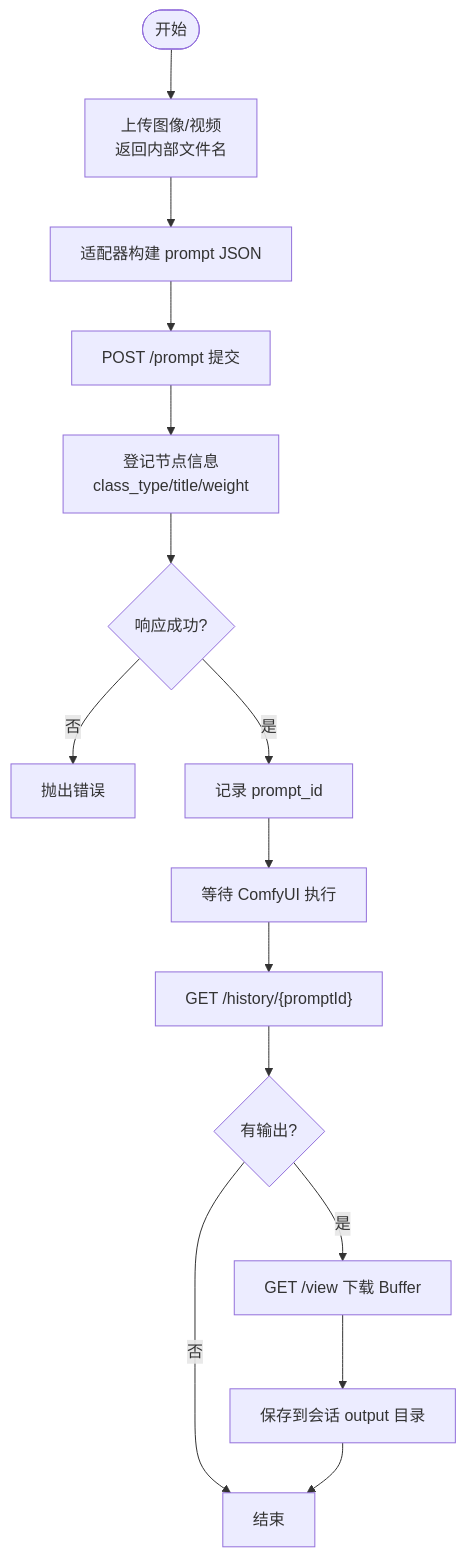
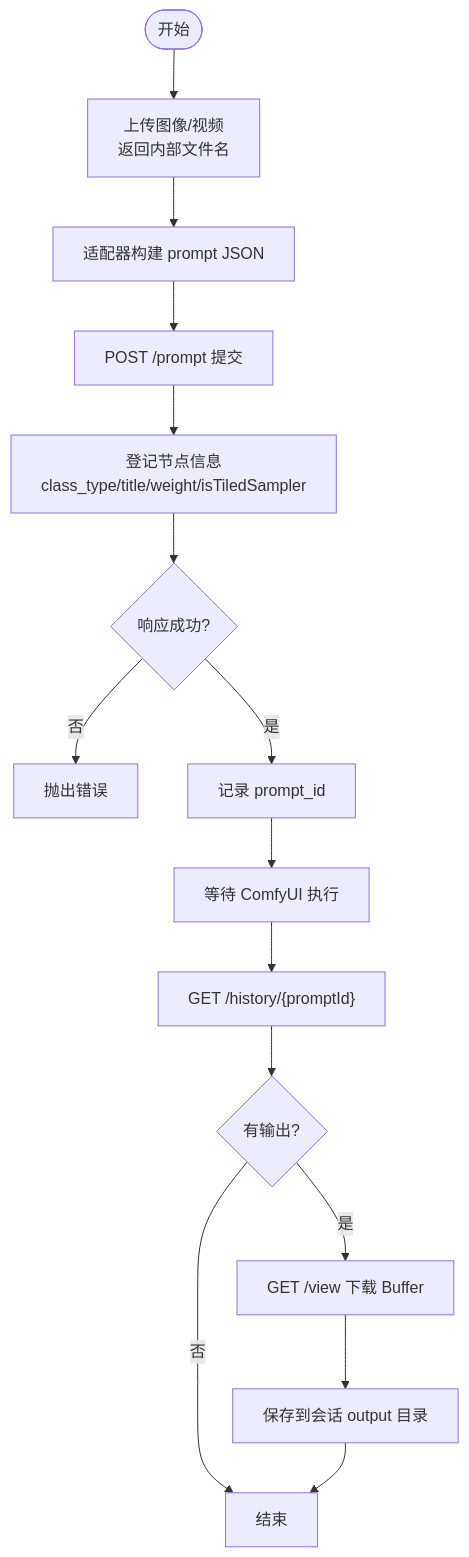
The third of 6 diagrams in .qoder/repowiki/zh/content/后端服务/ComfyUI 集成.md (billye220670/CorineKit_Pix2Real), drawn with Mermaid before and after one commit. The commit also changed other lines of this file and 73 other files, not shown here.

````diff
--- a/.qoder/repowiki/zh/content/后端服务/ComfyUI 集成.md
+++ b/.qoder/repowiki/zh/content/后端服务/ComfyUI 集成.md
@@ -189,17 +200,17 @@
 ```mermaid
 flowchart TD
 Start(["开始"]) --> Upload["上传图像/视频<br/>返回内部文件名"]
 Upload --> BuildPrompt["适配器构建 prompt JSON"]
 BuildPrompt --> Submit["POST /prompt 提交"]
-Submit --> RegisterNodes["登记节点信息<br/>class_type/title/weight"]
+Submit --> RegisterNodes["登记节点信息<br/>class_type/title/weight/isTiledSampler"]
 RegisterNodes --> Resp{"响应成功?"}
 Resp --> |否| Err["抛出错误"]
 Resp --> |是| SaveId["记录 prompt_id"]
 SaveId --> Wait["等待 ComfyUI 执行"]
 Wait --> History["GET /history/{promptId}"]
 History --> HasOut{"有输出?"}
 HasOut --> |否| Done["结束"]
 HasOut --> |是| View["GET /view 下载 Buffer"]
 View --> Save["保存到会话 output 目录"]
 Save --> Done
 ```
````
